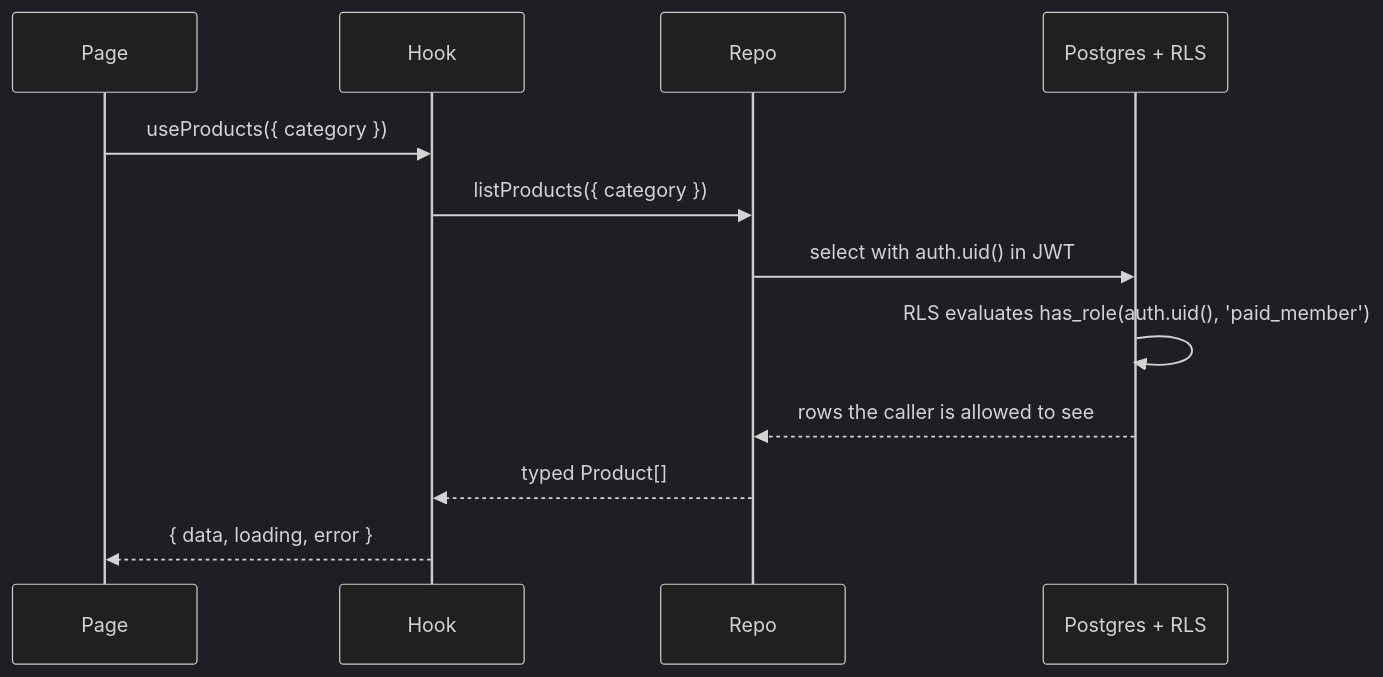
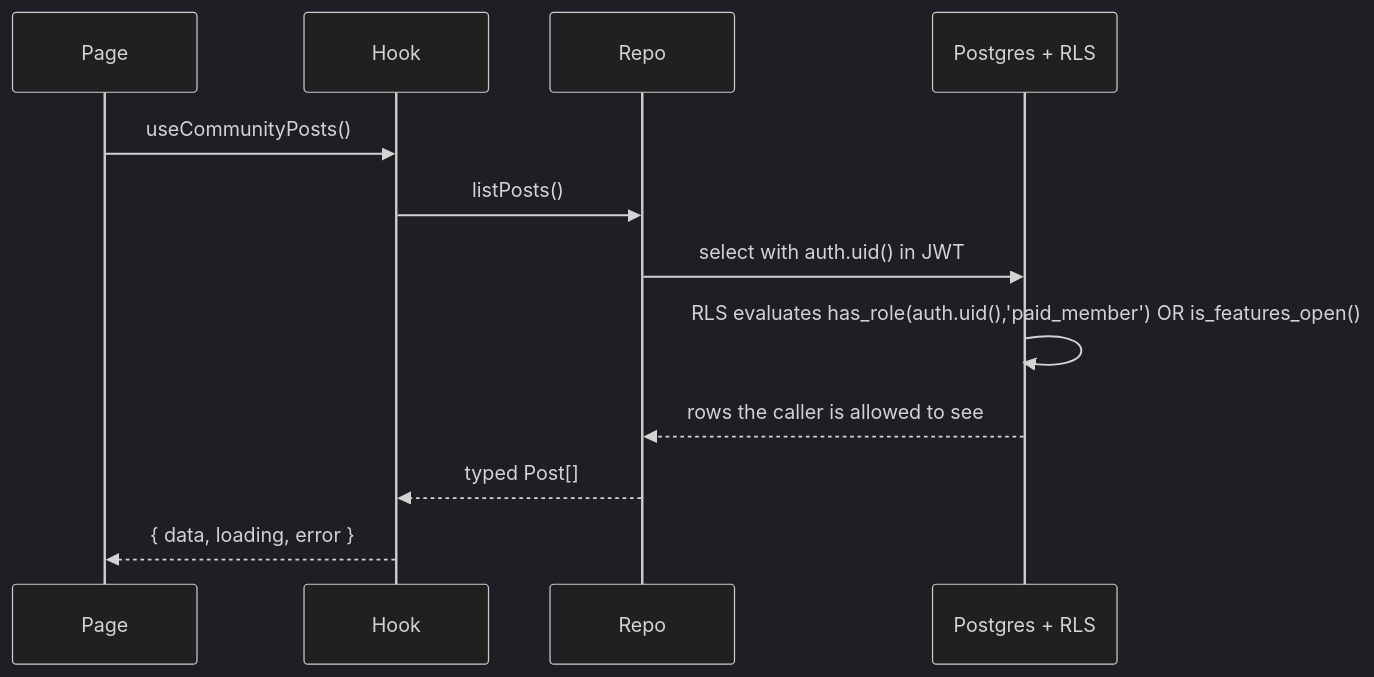
Before and after one commit to arka97/mddma-test: the third of 3 diagrams in src/content/docs/05-architecture-and-tech.md, drawn with Mermaid (dark theme). The commit also changed other lines of this file and 7 other files, not shown here.

````diff
--- a/src/content/docs/05-architecture-and-tech.md
+++ b/src/content/docs/05-architecture-and-tech.md
@@ -103,14 +99,14 @@
 ```mermaid
 sequenceDiagram
   participant Page
   participant Hook
   participant Repo
   participant DB as Postgres + RLS
-  Page->>Hook: useProducts({ category })
-  Hook->>Repo: listProducts({ category })
+  Page->>Hook: useCommunityPosts()
+  Hook->>Repo: listPosts()
   Repo->>DB: select with auth.uid() in JWT
-  DB->>DB: RLS evaluates has_role(auth.uid(), 'paid_member')
+  DB->>DB: RLS evaluates has_role(auth.uid(),'paid_member') OR is_features_open()
   DB-->>Repo: rows the caller is allowed to see
-  Repo-->>Hook: typed Product[]
+  Repo-->>Hook: typed Post[]
   Hook-->>Page: { data, loading, error }
 ```
````
